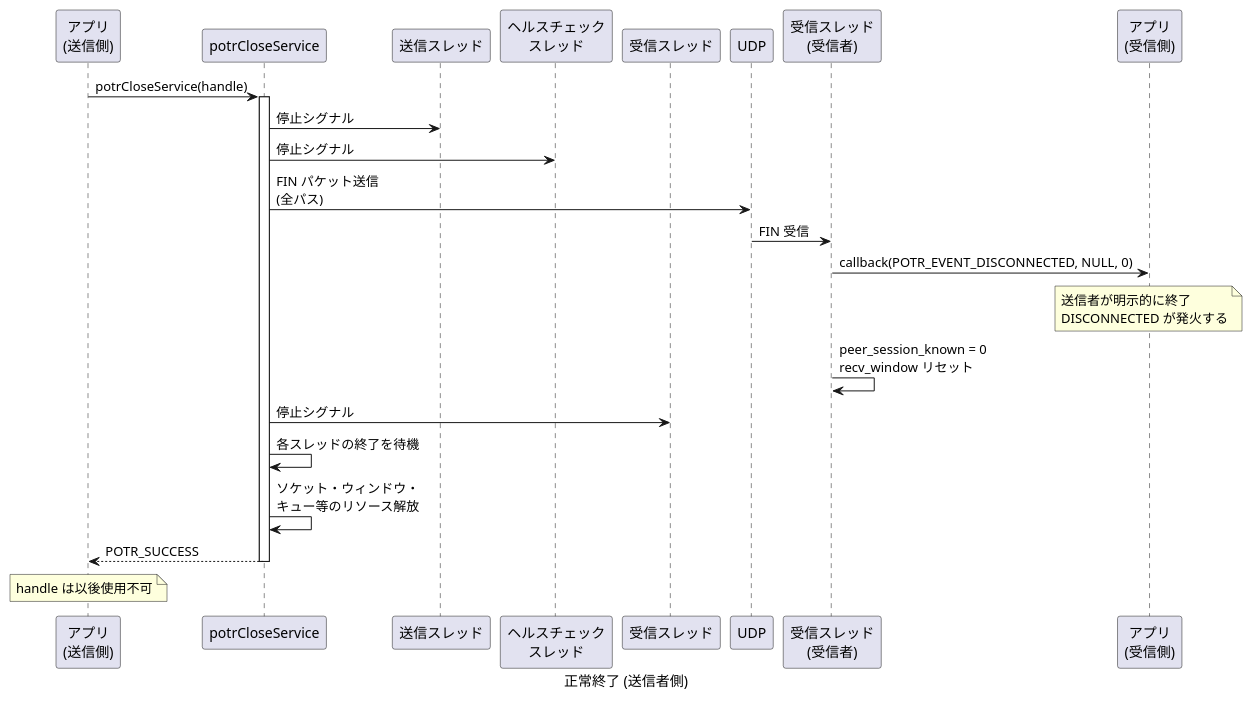
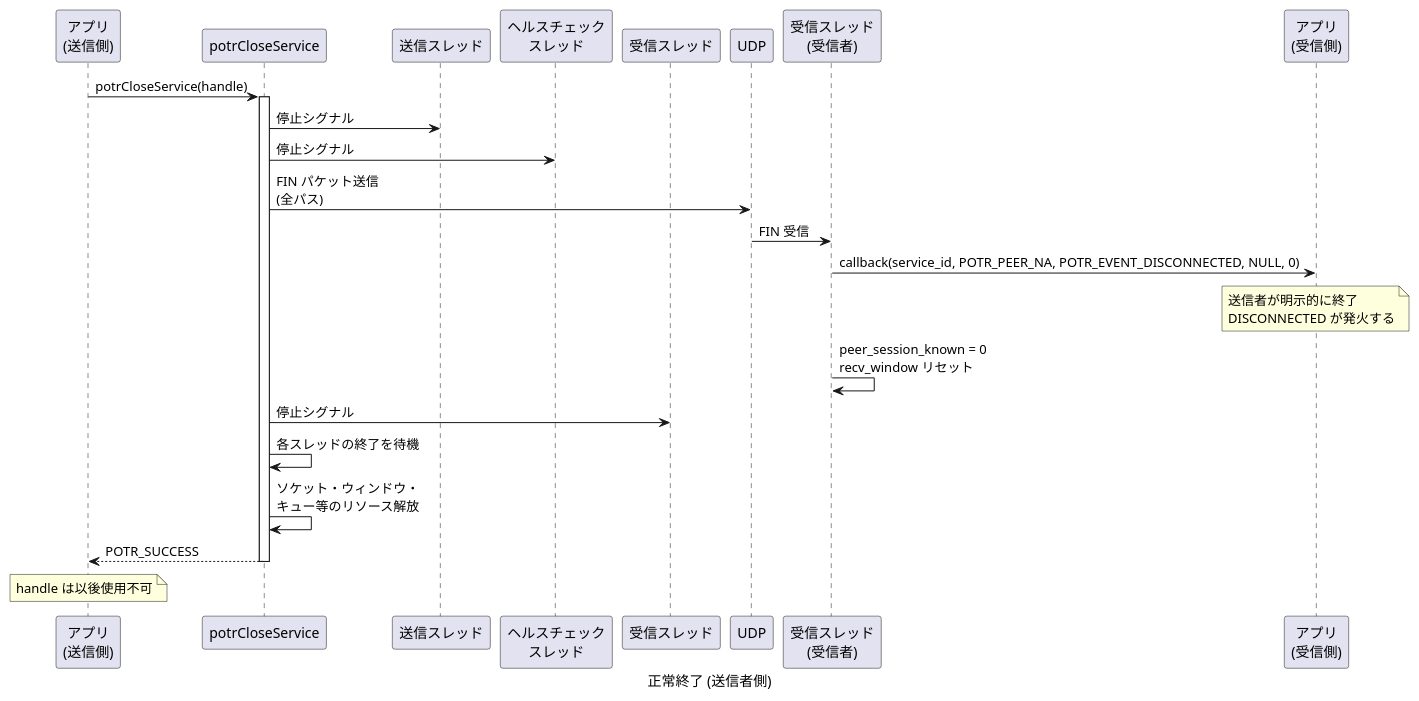
One commit to Hondarer/c-modernization-kit changed diagram 12 of 20 in prod/porter/docs/sequence.md. Above: the diagram before and after it, drawn with PlantUML. The commit also changed other lines of this file and 13 other files, not shown here.

````diff
--- a/prod/porter/docs/sequence.md
+++ b/prod/porter/docs/sequence.md
@@ -443,38 +443,38 @@
 ```plantuml
 @startuml 正常終了 (送信者側)
 caption 正常終了 (送信者側)
 
 participant "アプリ\n(送信側)" as SAPP
 participant "potrCloseService" as CLOSE
 participant "送信スレッド" as ST
 participant "ヘルスチェック\nスレッド" as HT
 participant "受信スレッド" as RT
 participant "UDP" as UDP
 participant "受信スレッド\n(受信者)" as RRT
 participant "アプリ\n(受信側)" as RAPP
 
 SAPP -> CLOSE: potrCloseService(handle)
 activate CLOSE
 
 CLOSE -> ST: 停止シグナル
 CLOSE -> HT: 停止シグナル
 
 CLOSE -> UDP: FIN パケット送信\n(全パス)
 
 UDP -> RRT: FIN 受信
-RRT -> RAPP: callback(POTR_EVENT_DISCONNECTED, NULL, 0)
+RRT -> RAPP: callback(service_id, POTR_PEER_NA, POTR_EVENT_DISCONNECTED, NULL, 0)
 note over RAPP: 送信者が明示的に終了\nDISCONNECTED が発火する
 RRT -> RRT: peer_session_known = 0\nrecv_window リセット
 
 CLOSE -> RT: 停止シグナル
 
 CLOSE -> CLOSE: 各スレッドの終了を待機
 CLOSE -> CLOSE: ソケット・ウィンドウ・\nキュー等のリソース解放
 
 CLOSE --> SAPP: POTR_SUCCESS
 deactivate CLOSE
 
 note over SAPP: handle は以後使用不可
 
 @enduml
 ```
````
